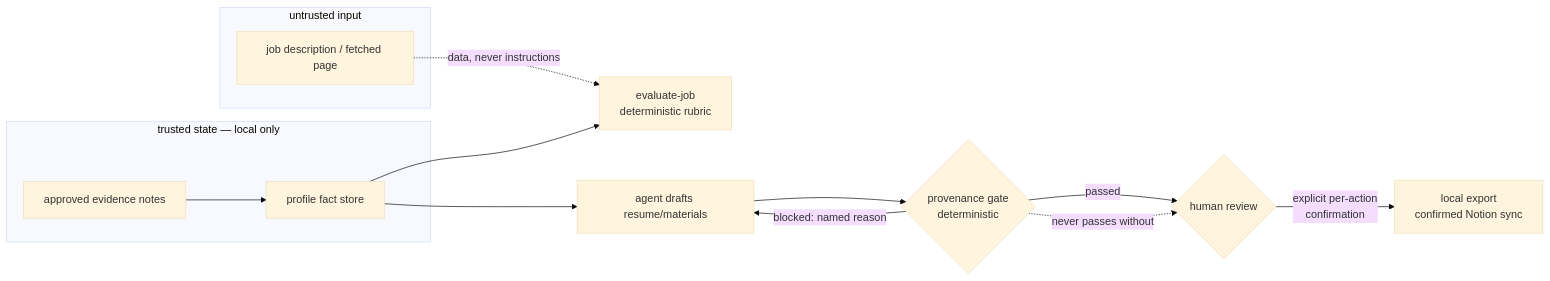
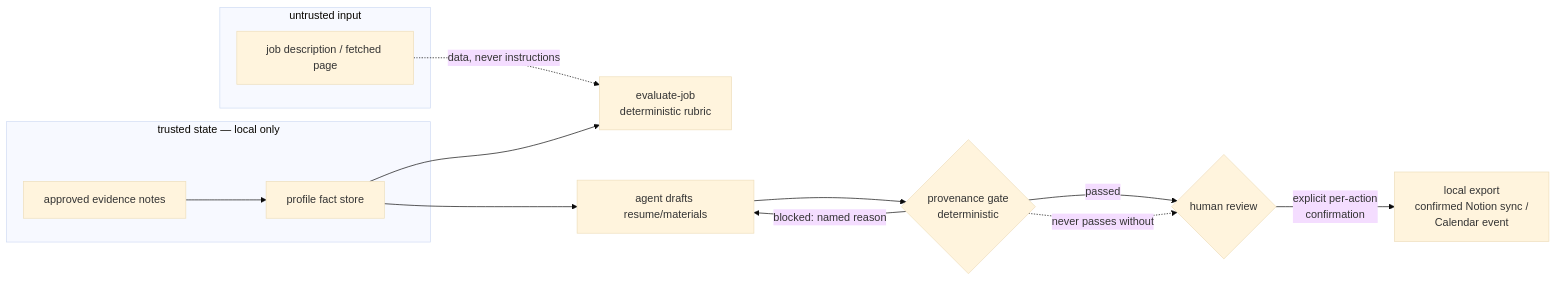
The diagram in docs/ARCHITECTURE.md (LaurenceFang/career-agent), drawn with Mermaid (base theme) before and after one commit. The commit also changed other lines of this file and 2 other files, not shown here.

Commit message:
Docs: acknowledge Google Calendar event creation as a second confirmation-gated external write

````diff
--- a/docs/ARCHITECTURE.md
+++ b/docs/ARCHITECTURE.md
@@ -14,17 +14,17 @@
 ```mermaid
 flowchart LR
     subgraph trusted [trusted state — local only]
         NOTES[approved evidence notes] --> PROFILE[profile fact store]
     end
     subgraph untrusted [untrusted input]
         JD[job description / fetched page]
     end
     JD -. "data, never instructions" .-> EVAL[evaluate-job<br/>deterministic rubric]
     PROFILE --> EVAL
     PROFILE --> AGENT[agent drafts resume/materials]
     AGENT --> GATE{provenance gate<br/>deterministic}
     GATE -- "blocked: named reason" --> AGENT
     GATE -- passed --> HUMAN{human review}
-    HUMAN -- "explicit per-action<br/>confirmation" --> SHIP[local export<br/>confirmed Notion sync]
+    HUMAN -- "explicit per-action<br/>confirmation" --> SHIP[local export<br/>confirmed Notion sync /<br/>Calendar event]
     GATE -. "never passes without" .-> HUMAN
 ```
````
